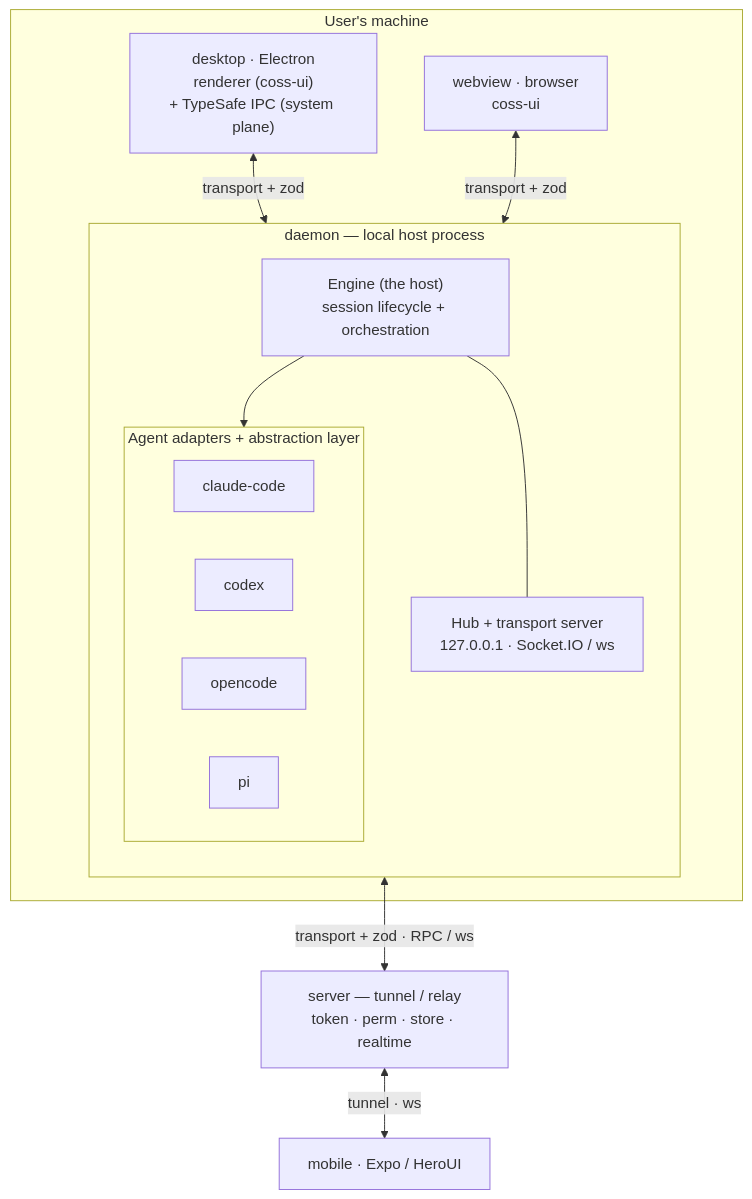
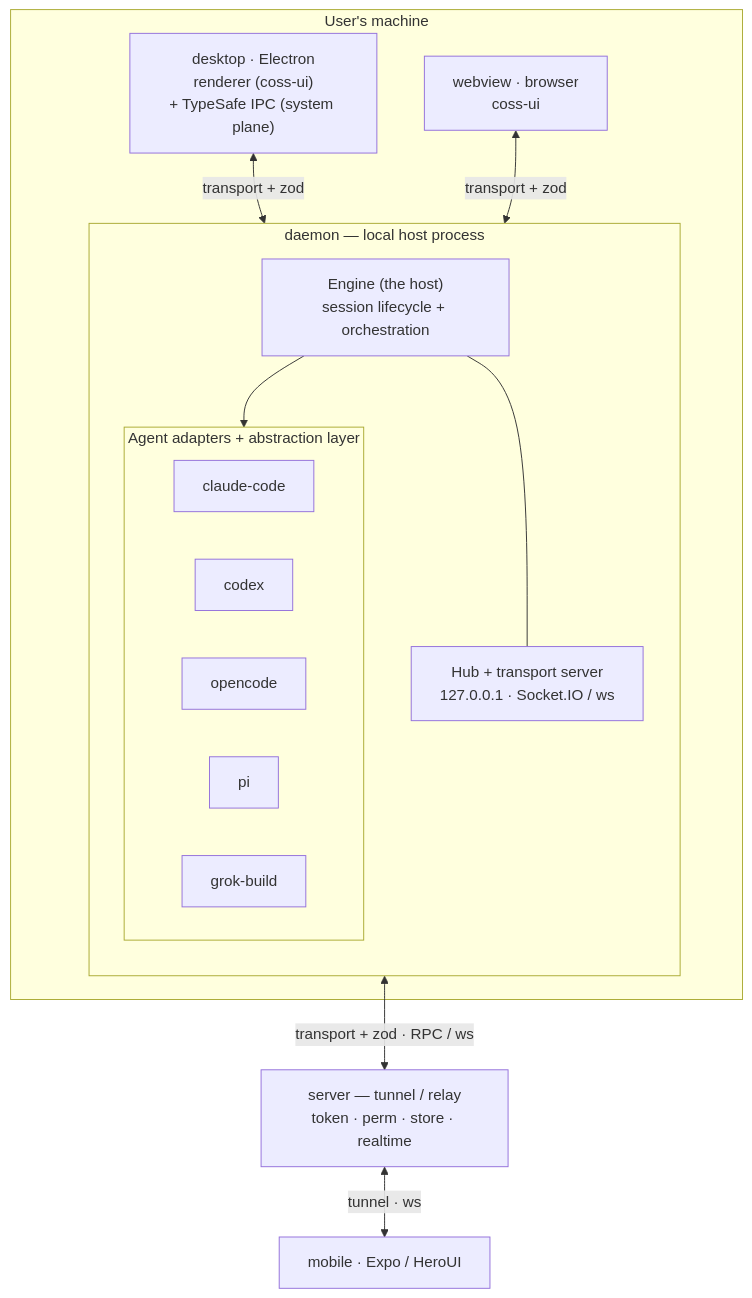
The diagram in docs/ARCHITECTURE.md (arcboxlabs/linkcode), drawn with Mermaid before and after one commit. The commit also changed other lines of this file and 29 other files, not shown here.

First line of the commit message:
feat(agent-adapter): add Grok Build via headless CLI

````diff
--- a/docs/ARCHITECTURE.md
+++ b/docs/ARCHITECTURE.md
@@ -64,28 +64,29 @@
 ```mermaid
 flowchart TB
   subgraph LOCAL["User's machine"]
     subgraph DAEMON["daemon — local host process"]
       direction TB
       ENGINE["Engine (the host)<br/>session lifecycle + orchestration"]
       subgraph ADAPTERS["Agent adapters + abstraction layer"]
         direction LR
         A1["claude-code"]
         A2["codex"]
         A3["opencode"]
         A4["pi"]
+        A5["grok-build"]
       end
       HUB["Hub + transport server<br/>127.0.0.1 · Socket.IO / ws"]
       ENGINE --> ADAPTERS
       ENGINE --- HUB
     end
     DESK["desktop · Electron<br/>renderer (coss-ui)<br/>+ TypeSafe IPC (system plane)"]
     WEB["webview · browser<br/>coss-ui"]
   end
   SERVER["server — tunnel / relay<br/>token · perm · store · realtime"]
   MOBILE["mobile · Expo / HeroUI"]
 
   DESK <-->|"transport + zod"| HUB
   WEB <-->|"transport + zod"| HUB
   HUB <-->|"transport + zod · RPC / ws"| SERVER
   SERVER <-->|"tunnel · ws"| MOBILE
 ```
````
